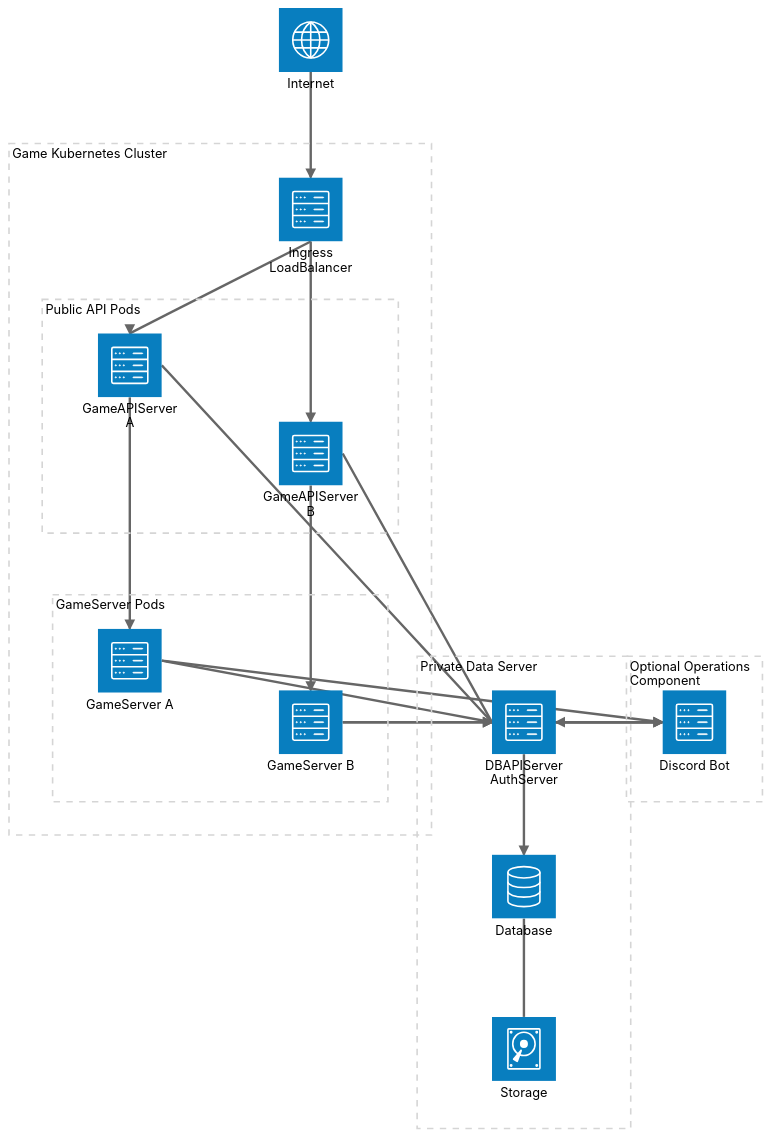
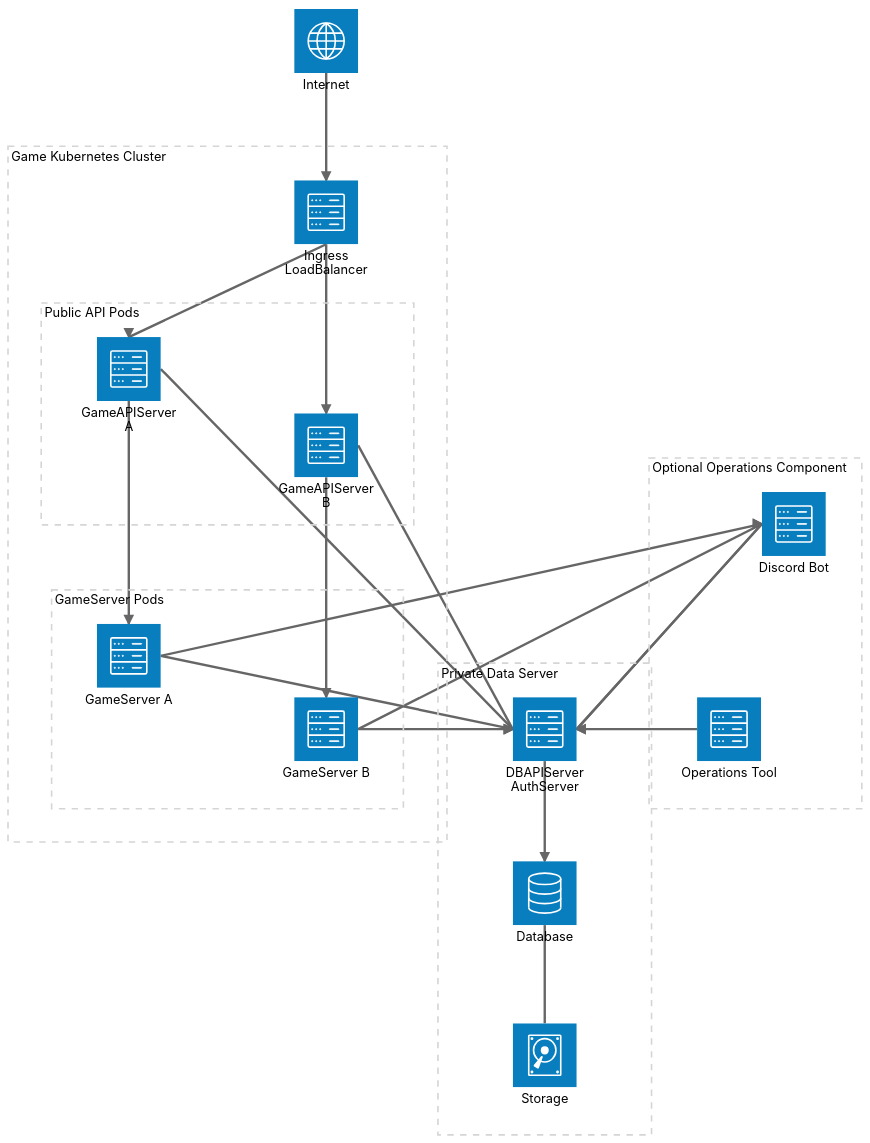
The second of 2 diagrams in design/system/network.md (ReHydrangeaOdyssey/Specifications), drawn with Mermaid (neutral theme) before and after one commit. The commit also changed other lines of this file and 18 other files, not shown here.

````diff
--- a/design/system/network.md
+++ b/design/system/network.md
@@ -80,42 +83,44 @@
 ```mermaid
 architecture-beta
     service internet(internet)[Internet]
 
     group k8s[Game Kubernetes Cluster]
         service ingress(server)[Ingress LoadBalancer] in k8s
 
         group public_api_group[Public API Pods] in k8s
             service public_api_a(server)[GameAPIServer A] in public_api_group
             service public_api_b(server)[GameAPIServer B] in public_api_group
 
         group game_group[GameServer Pods] in k8s
             service game_a(server)[GameServer A] in game_group
             service game_b(server)[GameServer B] in game_group
 
     group data_server[Private Data Server]
         service private_api(server)[DBAPIServer AuthServer] in data_server
         service db(database)[Database] in data_server
         service disk(disk)[Storage] in data_server
 
     group operations[Optional Operations Component]
         service bot(server)[Discord Bot] in operations
+        service operations_tool_prod(server)[Operations Tool] in operations
 
     internet:B --> T:ingress
     ingress:B --> T:public_api_a
     ingress:B --> T:public_api_b
 
     game_a:R --> L:bot
     game_b:R --> L:bot
     private_api:R --> L:bot
     bot:L --> R:private_api
+    operations_tool_prod:L --> R:private_api
 
     public_api_a:B --> T:game_a
     public_api_a:R --> L:private_api
     public_api_b:B --> T:game_b
     public_api_b:R --> L:private_api
 
     game_a:R --> L:private_api
     game_b:R --> L:private_api
     private_api:B --> T:db
     db:B -- T:disk
 ```
````
